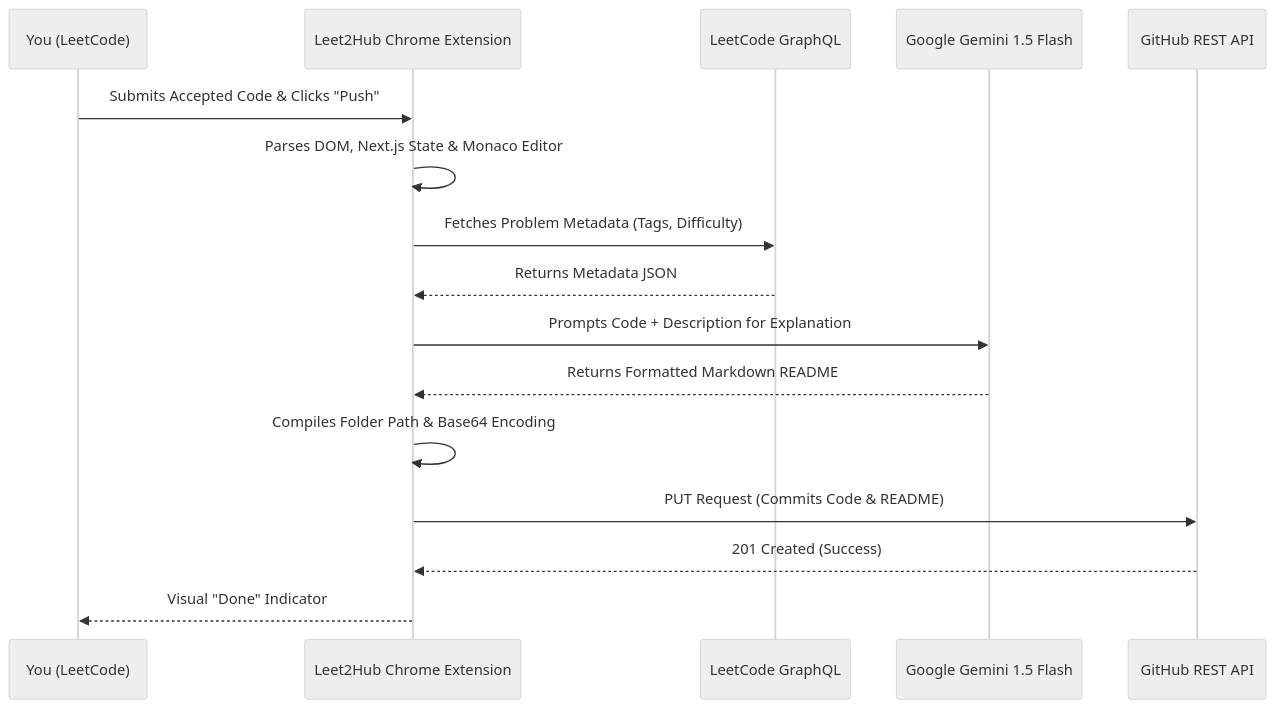
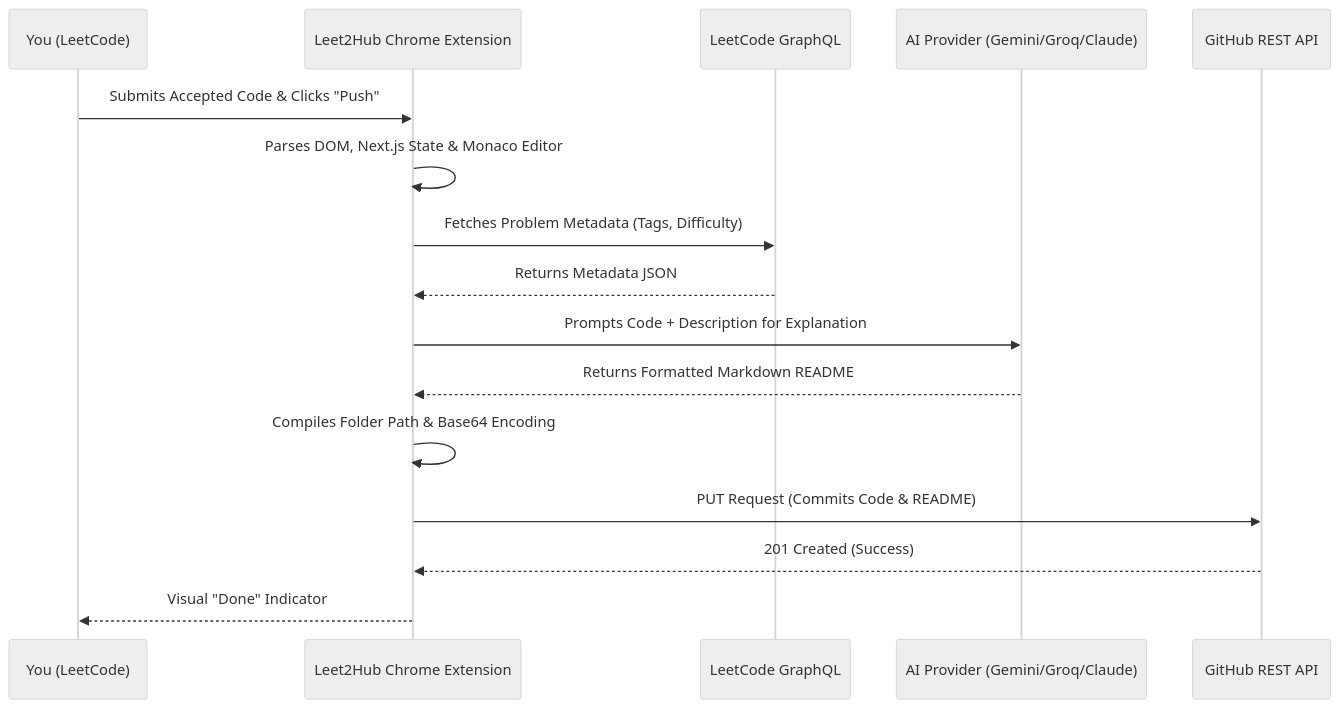
The first of 3 diagrams in README.md (Anuj-er/leet2hub), drawn with Mermaid (neutral theme) before and after one commit. The commit also changed other lines of this file, not shown here.

````diff
--- a/README.md
+++ b/README.md
@@ -47,19 +47,19 @@
 ```mermaid
 sequenceDiagram
     participant User as You (LeetCode)
     participant L2H as Leet2Hub Chrome Extension
     participant LC as LeetCode GraphQL
-    participant Gemini as Google Gemini 1.5 Flash
+    participant Gemini as AI Provider (Gemini/Groq/Claude)
     participant GH as GitHub REST API
 
     User->>L2H: Submits Accepted Code & Clicks "Push"
     L2H->>L2H: Parses DOM, Next.js State & Monaco Editor
     L2H->>LC: Fetches Problem Metadata (Tags, Difficulty)
     LC-->>L2H: Returns Metadata JSON
     L2H->>Gemini: Prompts Code + Description for Explanation
     Gemini-->>L2H: Returns Formatted Markdown README
     L2H->>L2H: Compiles Folder Path & Base64 Encoding
     L2H->>GH: PUT Request (Commits Code & README)
     GH-->>L2H: 201 Created (Success)
     L2H-->>User: Visual "Done" Indicator
 ```
````
